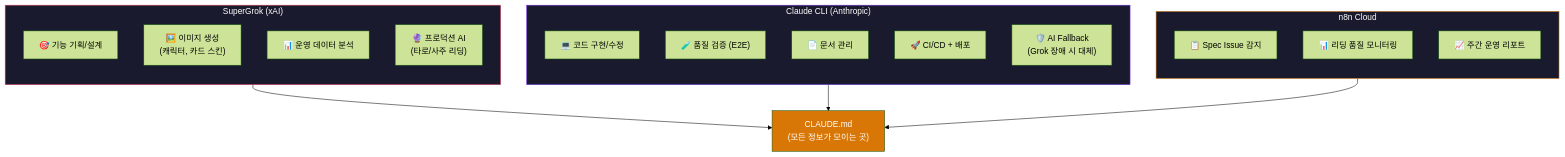
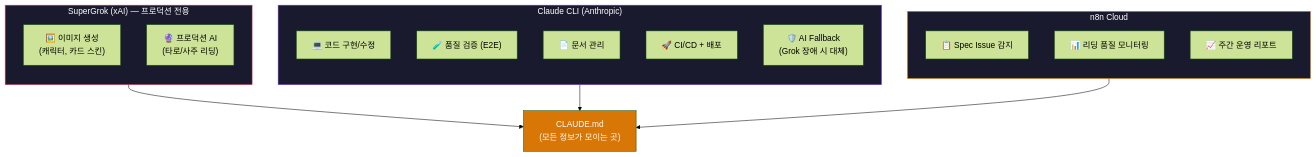
Before and after one commit to xzawed/ArcanaInsight: the sixth of 6 diagrams in docs/operation-guide.md, drawn with Mermaid (forest theme). The commit also changed 5 other files, not shown here.

````diff
--- a/docs/operation-guide.md
+++ b/docs/operation-guide.md
@@ -179,37 +179,35 @@
 ```mermaid
 flowchart TB
-    subgraph SuperGrok["SuperGrok (xAI)"]
+    subgraph SuperGrok["SuperGrok (xAI) — 프로덕션 전용"]
         direction TB
-        G1["🎯 기능 기획/설계"]
         G2["🖼️ 이미지 생성<br/>(캐릭터, 카드 스킨)"]
-        G3["📊 운영 데이터 분석"]
         G4["🔮 프로덕션 AI<br/>(타로/사주 리딩)"]
     end
 
     subgraph ClaudeCLI["Claude CLI (Anthropic)"]
         direction TB
         C1["💻 코드 구현/수정"]
         C2["🧪 품질 검증 (E2E)"]
         C3["📄 문서 관리"]
         C4["🚀 CI/CD + 배포"]
         C5["🛡️ AI Fallback<br/>(Grok 장애 시 대체)"]
     end
 
     subgraph n8n["n8n Cloud"]
         direction TB
         N1["📋 Spec Issue 감지"]
         N2["📊 리딩 품질 모니터링"]
         N3["📈 주간 운영 리포트"]
     end
 
     연결점["CLAUDE.md<br/>(모든 정보가 모이는 곳)"]
 
     SuperGrok --> 연결점
     ClaudeCLI --> 연결점
     n8n --> 연결점
 
     style SuperGrok fill:#1a1a2e,stroke:#e94560,color:#fff
     style ClaudeCLI fill:#1a1a2e,stroke:#7c3aed,color:#fff
     style n8n fill:#1a1a2e,stroke:#d97706,color:#fff
     style 연결점 fill:#d97706,color:#fff
 ```
````
